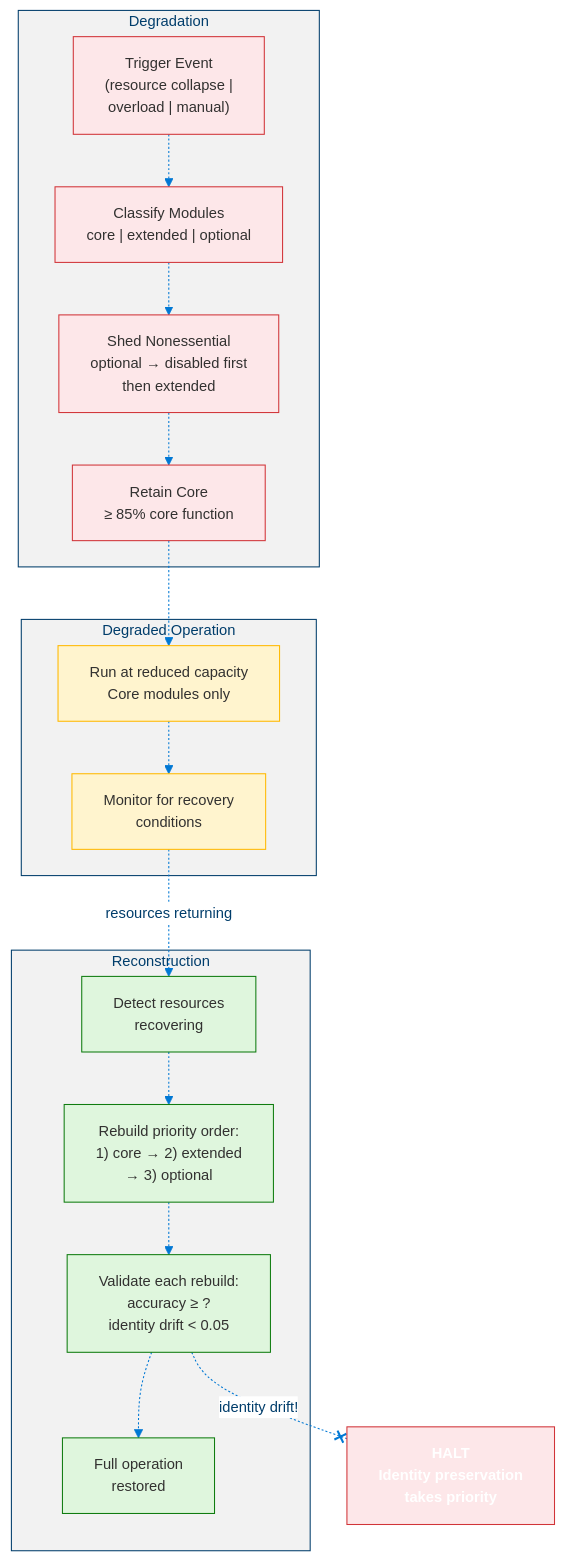
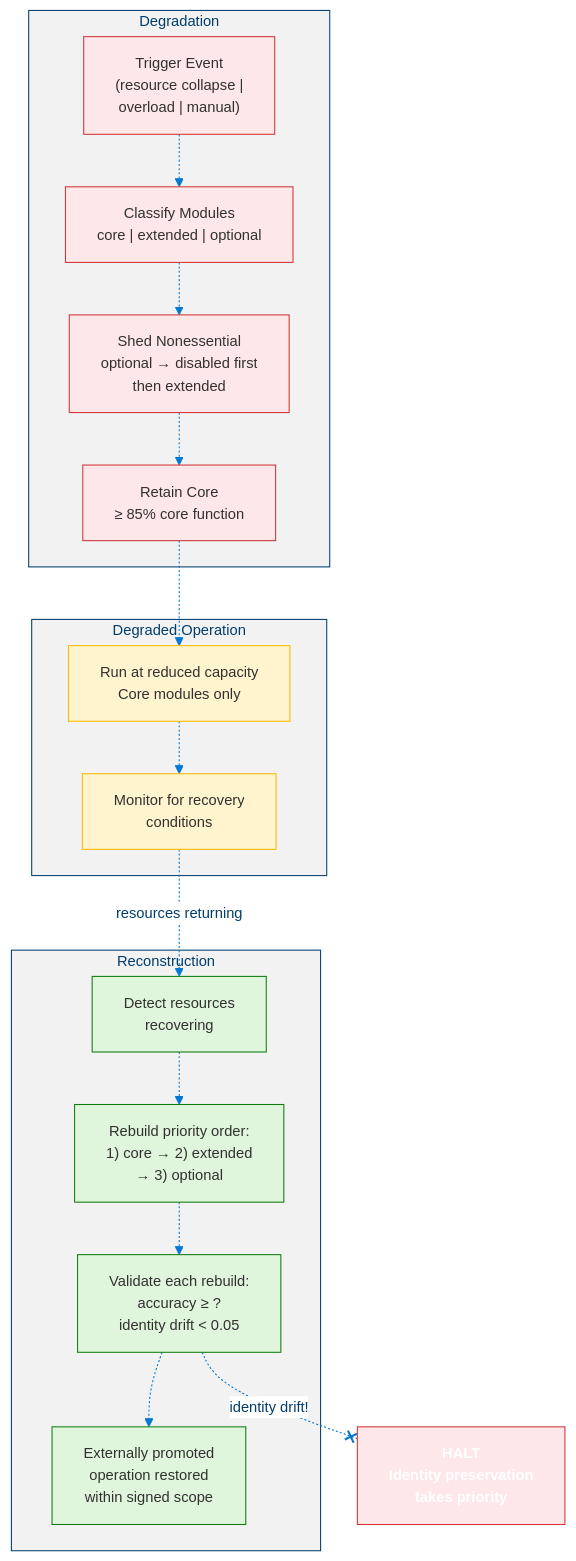
Diagram 12 of 16 in docs/levels/Level_5_Proto_AGI.md (dotnetpower/mscp), drawn with Mermaid before and after one commit. The commit also changed other lines of this file and 21 other files, not shown here.

````diff
--- a/docs/levels/Level_5_Proto_AGI.md
+++ b/docs/levels/Level_5_Proto_AGI.md
@@ -636,36 +639,36 @@
 ```mermaid
 %%{init: {'theme': 'base', 'themeVariables': {'primaryColor': '#0078D4', 'primaryTextColor': '#003D6B', 'primaryBorderColor': '#003D6B', 'secondaryColor': '#50E6FF', 'secondaryTextColor': '#323130', 'secondaryBorderColor': '#00BCF2', 'tertiaryColor': '#F2F2F2', 'tertiaryTextColor': '#323130', 'lineColor': '#0078D4', 'textColor': '#323130', 'mainBkg': '#DEECF9', 'nodeBorder': '#0078D4', 'clusterBkg': '#F2F2F2', 'clusterBorder': '#003D6B', 'titleColor': '#003D6B', 'edgeLabelBackground': '#FFFFFF', 'fontSize': '14px'}}}%%
 flowchart TD
   classDef degrade fill:#FDE7E9,stroke:#D13438,color:#323130
   classDef op fill:#FFF4CE,stroke:#FFB900,color:#323130
   classDef rebuild fill:#DFF6DD,stroke:#107C10,color:#323130
   classDef halt fill:#FDE7E9,stroke:#D13438,color:#FFFFFF,font-weight:bold
 
   subgraph Degradation["Degradation"]
     TRIGGER["Trigger Event<br/>(resource collapse |<br/>overload | manual)"]:::degrade
     CLASSIFY["Classify Modules<br/>core | extended | optional"]:::degrade
     SHED["Shed Nonessential<br/>optional → disabled first<br/>then extended"]:::degrade
     RETAIN["Retain Core<br/>≥ 85% core function"]:::degrade
     TRIGGER -.-> CLASSIFY -.-> SHED -.-> RETAIN
   end
 
   subgraph Operation["Degraded Operation"]
     REDUCED["Run at reduced capacity<br/>Core modules only"]:::op
     MONITOR["Monitor for recovery<br/>conditions"]:::op
     REDUCED -.-> MONITOR
   end
 
   subgraph Reconstruction["Reconstruction"]
     DETECT_R["Detect resources<br/>recovering"]:::rebuild
     PRIORITIZE["Rebuild priority order:<br/>1) core → 2) extended<br/>→ 3) optional"]:::rebuild
     VALIDATE["Validate each rebuild:<br/>accuracy ≥ ?<br/>identity drift < 0.05"]:::rebuild
-    COMPLETE["Full operation<br/>restored"]:::rebuild
+    COMPLETE["Externally promoted<br/>operation restored<br/>within signed scope"]:::rebuild
     DETECT_R -.-> PRIORITIZE -.-> VALIDATE -.-> COMPLETE
   end
 
   HALT["HALT<br/>Identity preservation<br/>takes priority"]:::halt
 
   RETAIN -.-> REDUCED
   MONITOR -.->|"resources returning"| DETECT_R
   VALIDATE -.-x|"identity drift!"| HALT
 ```
````
